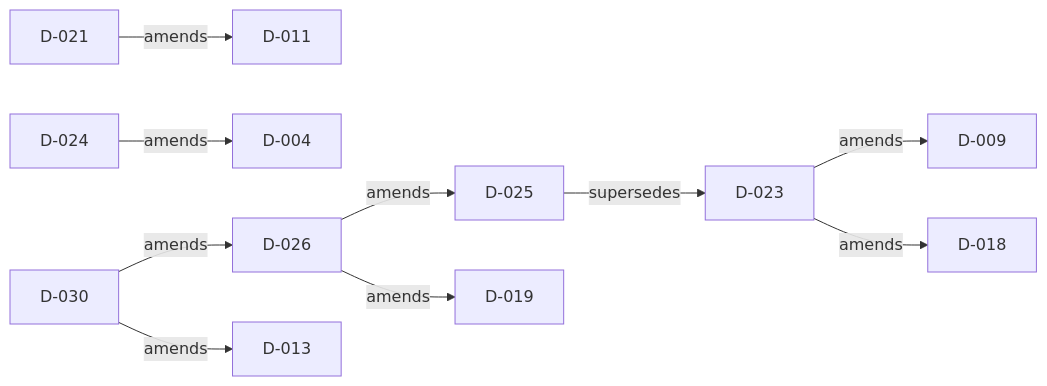
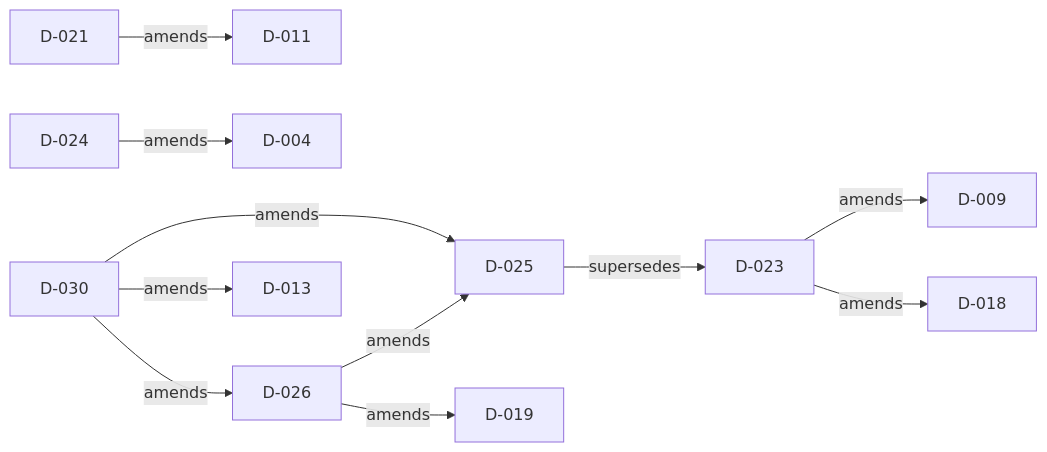
Before and after one commit to doka-labs/Doka.EntityFrameworkCore.MySql: the diagram in docs/decisions/README.md, drawn with Mermaid. The commit also changed other lines of this file and 41 other files, not shown here.

````diff
--- a/docs/decisions/README.md
+++ b/docs/decisions/README.md
@@ -43,12 +43,13 @@
 ```mermaid
 flowchart LR
   D_021["D-021"] -->|"amends"| D_011["D-011"]
   D_023["D-023"] -->|"amends"| D_009["D-009"]
   D_023["D-023"] -->|"amends"| D_018["D-018"]
   D_024["D-024"] -->|"amends"| D_004["D-004"]
   D_025["D-025"] -->|"supersedes"| D_023["D-023"]
   D_026["D-026"] -->|"amends"| D_019["D-019"]
   D_026["D-026"] -->|"amends"| D_025["D-025"]
   D_030["D-030"] -->|"amends"| D_013["D-013"]
+  D_030["D-030"] -->|"amends"| D_025["D-025"]
   D_030["D-030"] -->|"amends"| D_026["D-026"]
 ```
````
